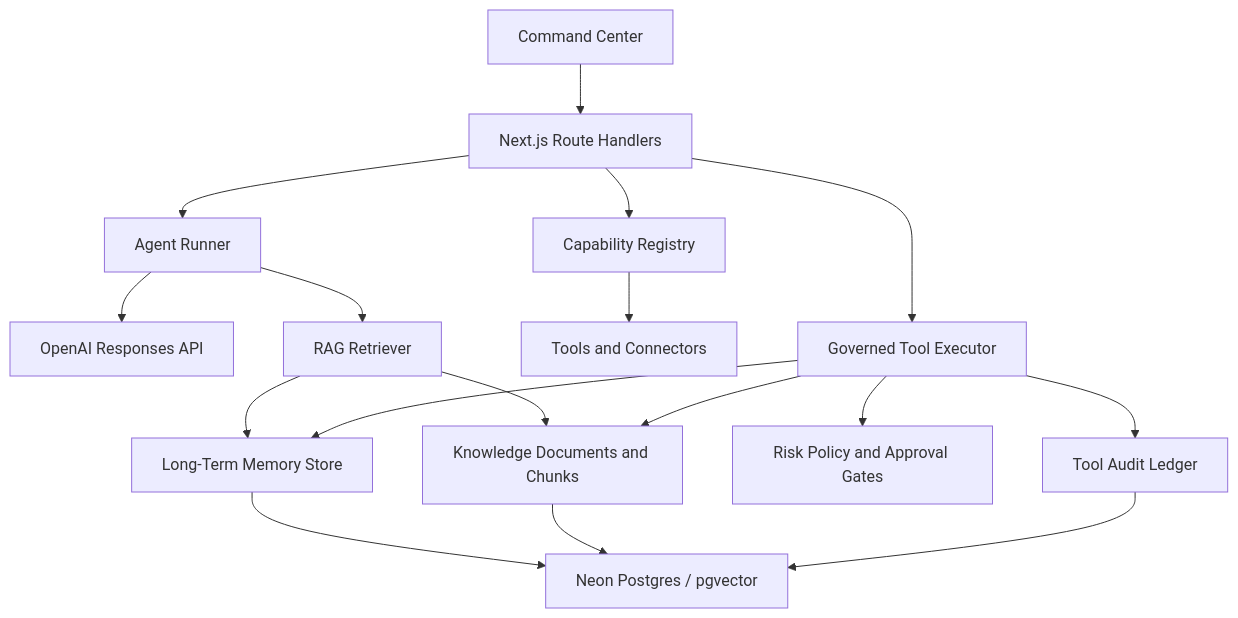
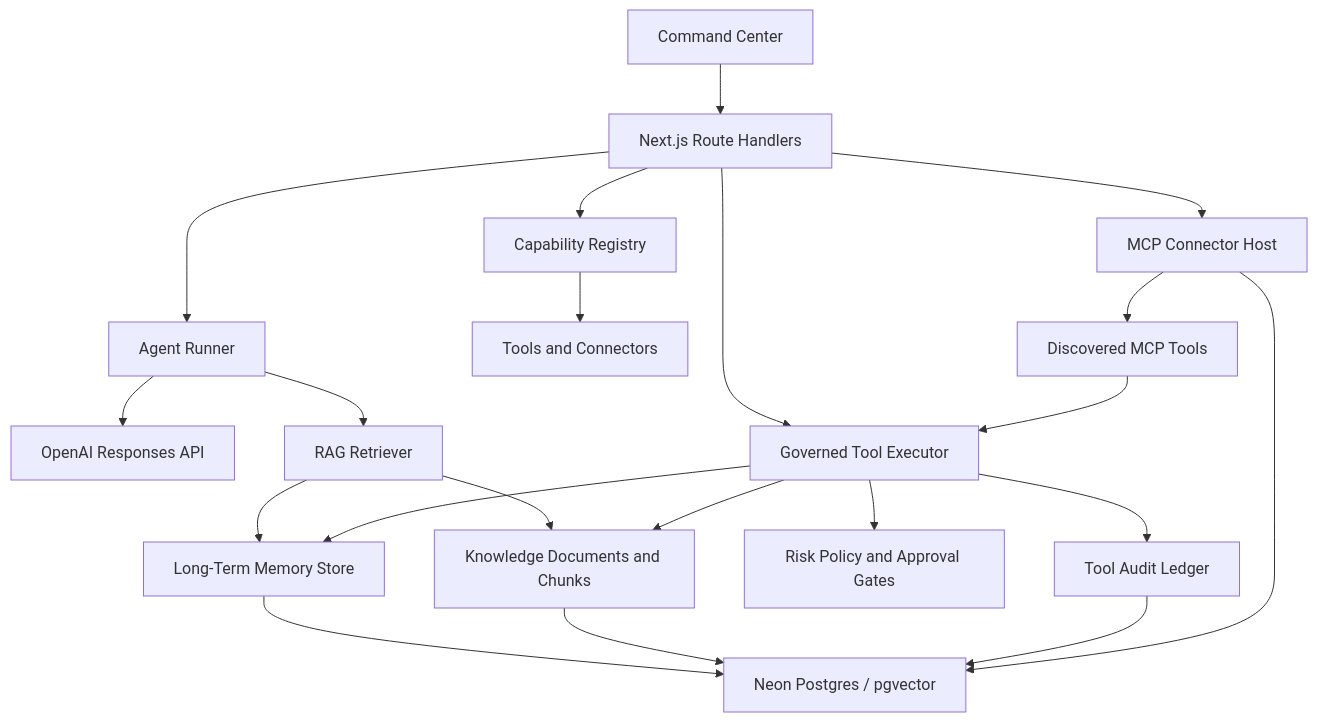
One commit to benniejoseph/OmniAgentOS changed the diagram in docs/IMPLEMENTATION_PLAN.md. Above: the diagram before and after it, drawn with Mermaid. The commit also changed other lines of this file and 17 other files, not shown here.

Commit message:
Add governed MCP connector host

````diff
--- a/docs/IMPLEMENTATION_PLAN.md
+++ b/docs/IMPLEMENTATION_PLAN.md
@@ -27,19 +28,23 @@
 ```mermaid
 flowchart TD
   UI["Command Center"] --> API["Next.js Route Handlers"]
   API --> RUNNER["Agent Runner"]
   RUNNER --> OAI["OpenAI Responses API"]
   RUNNER --> RAG["RAG Retriever"]
   RAG --> MEM["Long-Term Memory Store"]
   RAG --> DOCS["Knowledge Documents and Chunks"]
   MEM --> DB["Neon Postgres / pgvector"]
   DOCS --> DB
   API --> REG["Capability Registry"]
   REG --> TOOLS["Tools and Connectors"]
   API --> GOV["Governed Tool Executor"]
   GOV --> POLICY["Risk Policy and Approval Gates"]
   GOV --> AUDIT["Tool Audit Ledger"]
+  API --> MCP["MCP Connector Host"]
+  MCP --> MTOOLS["Discovered MCP Tools"]
+  MTOOLS --> GOV
   GOV --> MEM
   GOV --> DOCS
   AUDIT --> DB
+  MCP --> DB
 ```
````
